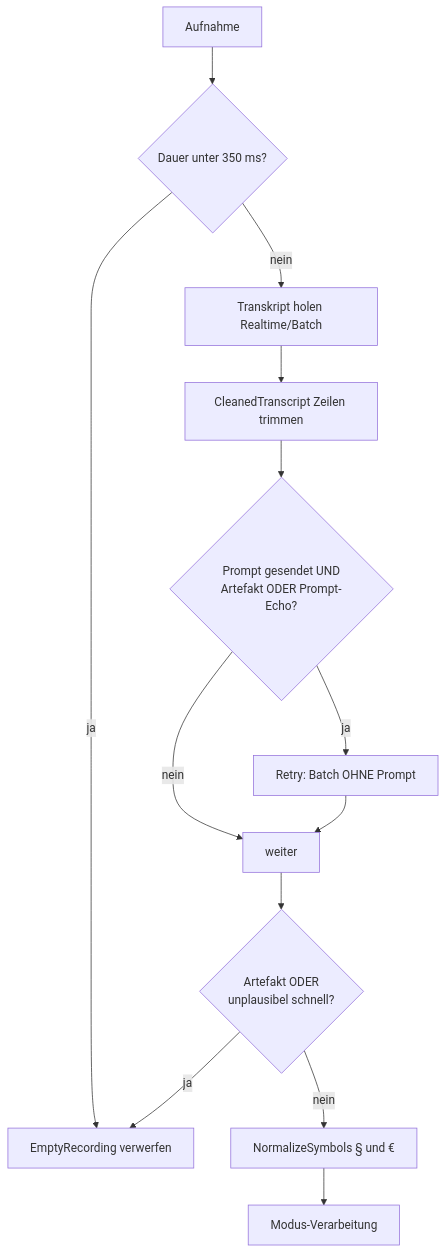
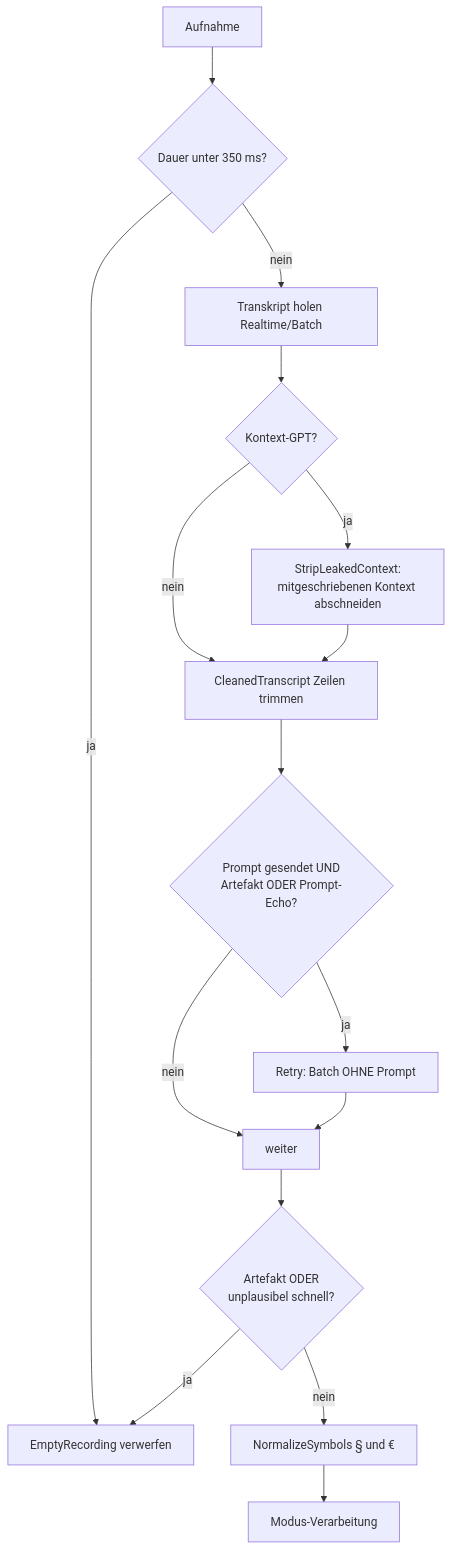
One commit to florianpohl666/blitzbrief changed the third of 6 diagrams in docs/technische-doku.md. Above: the diagram before and after it, drawn with Mermaid. The commit also changed other lines of this file and 20 other files, not shown here.

````diff
--- a/docs/technische-doku.md
+++ b/docs/technische-doku.md
@@ -91,15 +116,18 @@
 ```mermaid
 flowchart TD
     A[Aufnahme] --> B{Dauer unter 350 ms?}
     B -->|ja| Z[EmptyRecording verwerfen]
     B -->|nein| C[Transkript holen Realtime/Batch]
-    C --> D[CleanedTranscript Zeilen trimmen]
-    D --> E{Prompt gesendet UND<br/>Artefakt ODER Prompt-Echo?}
+    C --> LK{Kontext-GPT?}
+    LK -->|ja| LS["StripLeakedContext:<br/>mitgeschriebenen Kontext abschneiden"]
+    LK -->|nein| D
+    LS --> D[CleanedTranscript Zeilen trimmen]
+    D --> E{"Prompt gesendet UND<br/>Artefakt ODER Prompt-Echo?"}
     E -->|ja| F[Retry: Batch OHNE Prompt]
     E -->|nein| G[weiter]
     F --> G
-    G --> H{Artefakt ODER<br/>unplausibel schnell?}
+    G --> H{"Artefakt ODER<br/>unplausibel schnell?"}
     H -->|ja| Z
     H -->|nein| I[NormalizeSymbols § und €]
     I --> J[Modus-Verarbeitung]
 ```
````
